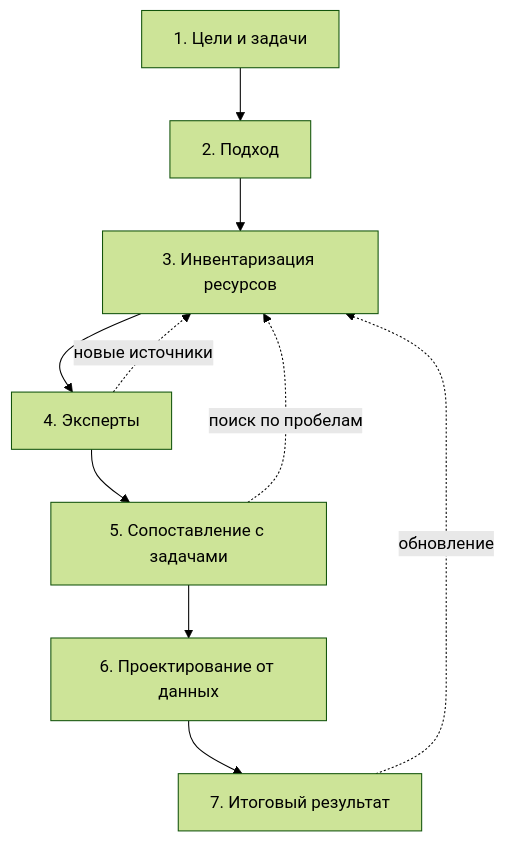
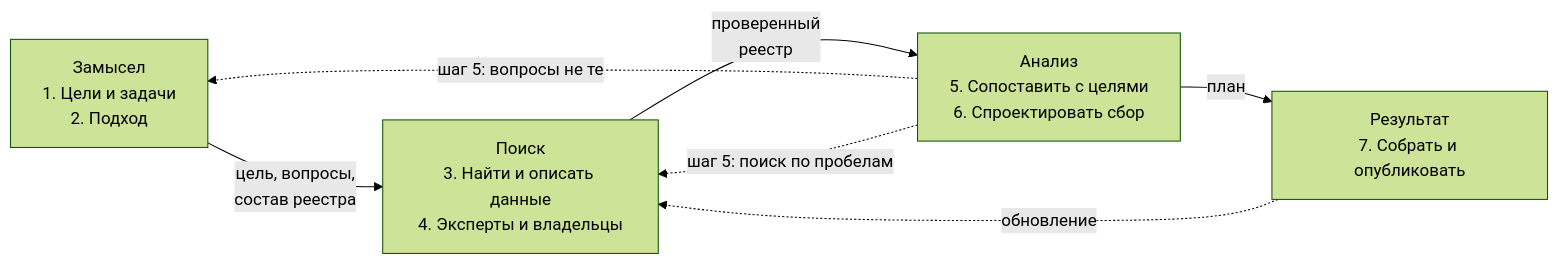
The diagram in docs/03-process/01-steps.md (ivbeg/data-inventory), drawn with Mermaid (forest theme) before and after one commit. The commit also changed other lines of this file and 54 other files, not shown here.

````diff
--- a/docs/03-process/01-steps.md
+++ b/docs/03-process/01-steps.md
@@ -21,12 +53,9 @@
 ```mermaid
-flowchart TB
-  A["1. Цели и задачи"] --> B["2. Подход"]
-  B --> C["3. Инвентаризация ресурсов"]
-  C --> D["4. Эксперты"]
-  D --> E["5. Сопоставление с задачами"]
-  E --> F["6. Проектирование от данных"]
-  F --> G["7. Итоговый результат"]
-  D -. новые источники .-> C
-  E -. поиск по пробелам .-> C
-  G -. обновление .-> C
+flowchart LR
+  A["Замысел<br/>1. Цели и задачи<br/>2. Подход"] -- "цель, вопросы,<br/>состав реестра" --> B["Поиск<br/>3. Найти и описать данные<br/>4. Эксперты и владельцы"]
+  B -- "проверенный<br/>реестр" --> C["Анализ<br/>5. Сопоставить с целями<br/>6. Спроектировать сбор"]
+  C -- "план" --> D["Результат<br/>7. Собрать и опубликовать"]
+  C -. "шаг 5: вопросы не те" .-> A
+  C -. "шаг 5: поиск по пробелам" .-> B
+  D -. "обновление" .-> B
 ```
````
